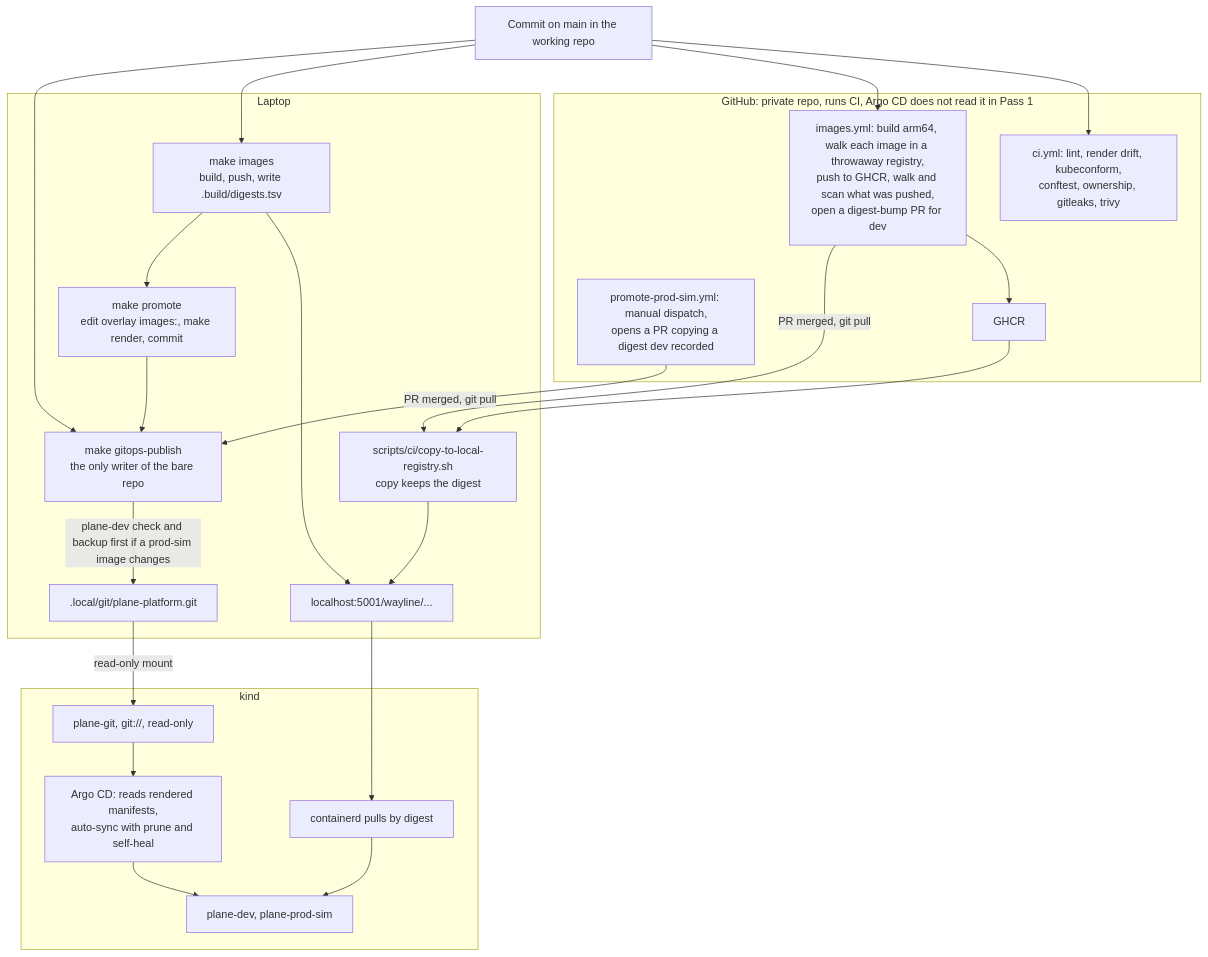
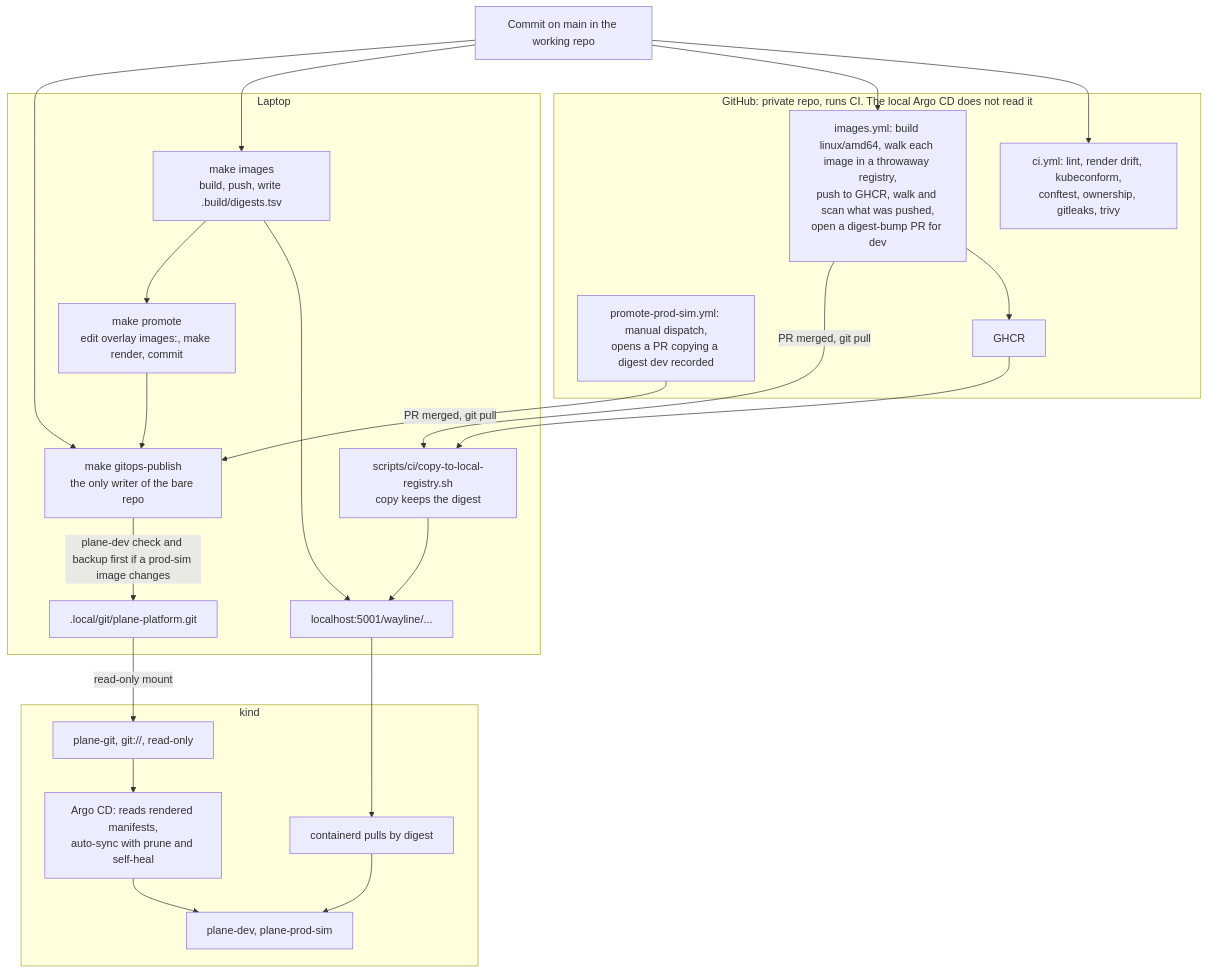
The fifth of 11 diagrams in docs/architecture.md (BereketAbera/plane-platform), drawn with Mermaid before and after one commit. The commit also changed other lines of this file and 4 other files, not shown here.

Commit message:
docs(hosted): say on the front pages what this is, the three environments and how to reach each, with hosted's architecture, environments and contract

````diff
--- a/docs/architecture.md
+++ b/docs/architecture.md
@@ -292,46 +292,46 @@
 ```mermaid
 flowchart TB
   dev["Commit on main in the working repo"]
 
-  subgraph github["GitHub: private repo, runs CI, Argo CD does not read it in Pass 1"]
+  subgraph github["GitHub: private repo, runs CI. The local Argo CD does not read it"]
     ci["ci.yml: lint, render drift, kubeconform,<br/>conftest, ownership, gitleaks, trivy"]
-    images["images.yml: build arm64, walk each image in a throwaway registry,<br/>push to GHCR, walk and scan what was pushed,<br/>open a digest-bump PR for dev"]
+    images["images.yml: build linux/amd64, walk each image in a throwaway registry,<br/>push to GHCR, walk and scan what was pushed,<br/>open a digest-bump PR for dev"]
     promo["promote-prod-sim.yml: manual dispatch,<br/>opens a PR copying a digest dev recorded"]
     ghcr["GHCR"]
   end
 
   subgraph laptop["Laptop"]
     mkimages["make images<br/>build, push, write .build/digests.tsv"]
     copy["scripts/ci/copy-to-local-registry.sh<br/>copy keeps the digest"]
     registry["localhost:5001/wayline/..."]
     promote["make promote<br/>edit overlay images:, make render, commit"]
     publish["make gitops-publish<br/>the only writer of the bare repo"]
     bare[".local/git/plane-platform.git"]
   end
 
   subgraph cluster["kind"]
     git["plane-git, git://, read-only"]
     argo["Argo CD: reads rendered manifests,<br/>auto-sync with prune and self-heal"]
     envs["plane-dev, plane-prod-sim"]
     mirror["containerd pulls by digest"]
   end
 
   dev --> ci
   dev --> images
   images --> ghcr
   images -->|"PR merged, git pull"| copy
   ghcr --> copy
   copy --> registry
   dev --> mkimages
   mkimages --> registry
   mkimages --> promote
   promo -->|"PR merged, git pull"| publish
   promote --> publish
   dev --> publish
   publish -->|"plane-dev check and backup first if a prod-sim image changes"| bare
   bare -->|"read-only mount"| git
   git --> argo
   argo --> envs
   registry --> mirror
   mirror --> envs
 ```
````
